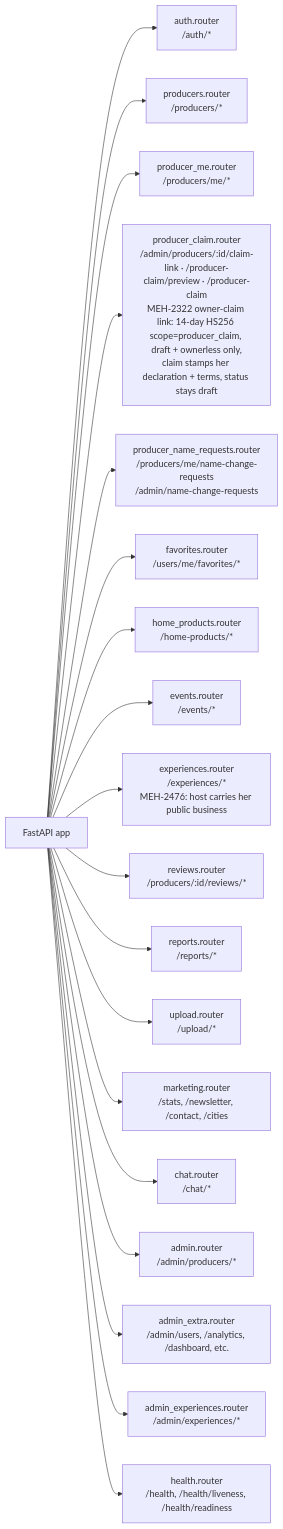
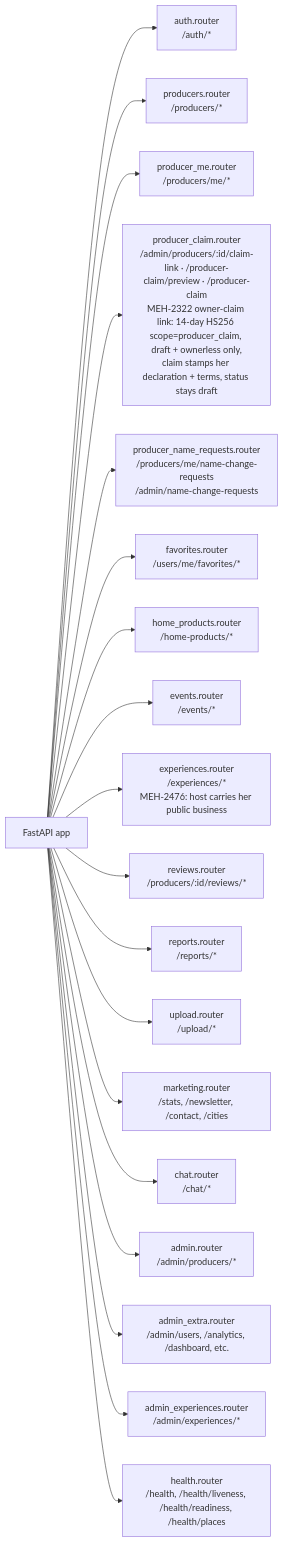
The first of 7 diagrams in .ai/diagrams/api-routes.md (levismadar80-ship-it/FoodMamkor), drawn with Mermaid before and after one commit. The commit also changed 8 other files, not shown here.

First line of the commit message:
feat(meh-2482): GET /health/places בודק את מפתח Google בפועל (503 כשנופל) + probe שעתי ב-uptime.yml (patch) (#3730)

````diff
--- a/.ai/diagrams/api-routes.md
+++ b/.ai/diagrams/api-routes.md
@@ -17,21 +17,21 @@
 ```mermaid
 graph LR
     App[FastAPI app] --> Auth[auth.router<br/>/auth/*]
     App --> Producers[producers.router<br/>/producers/*]
     App --> ProducerMe[producer_me.router<br/>/producers/me/*]
     App --> ProducerClaim[producer_claim.router<br/>/admin/producers/:id/claim-link · /producer-claim/preview · /producer-claim<br/>MEH-2322 owner-claim link: 14-day HS256 scope=producer_claim, draft + ownerless only,<br/>claim stamps her declaration + terms, status stays draft]
     App --> NameRequests[producer_name_requests.router<br/>/producers/me/name-change-requests<br/>/admin/name-change-requests]
     App --> Favorites[favorites.router<br/>/users/me/favorites/*]
     App --> HomeProducts[home_products.router<br/>/home-products/*]
     App --> Events[events.router<br/>/events/*]
     App --> Experiences[experiences.router<br/>/experiences/*<br/>MEH-2476: host carries her public business]
     App --> Reviews[reviews.router<br/>/producers/:id/reviews/*]
     App --> Reports[reports.router<br/>/reports/*]
     App --> Upload[upload.router<br/>/upload/*]
     App --> Marketing[marketing.router<br/>/stats, /newsletter, /contact, /cities]
     App --> Chat[chat.router<br/>/chat/*]
     App --> Admin[admin.router<br/>/admin/producers/*]
     App --> AdminExtra[admin_extra.router<br/>/admin/users, /analytics, /dashboard, etc.]
     App --> AdminExperiences[admin_experiences.router<br/>/admin/experiences/*]
-    App --> Health[health.router<br/>/health, /health/liveness, /health/readiness]
+    App --> Health[health.router<br/>/health, /health/liveness, /health/readiness, /health/places]
 ```
````
